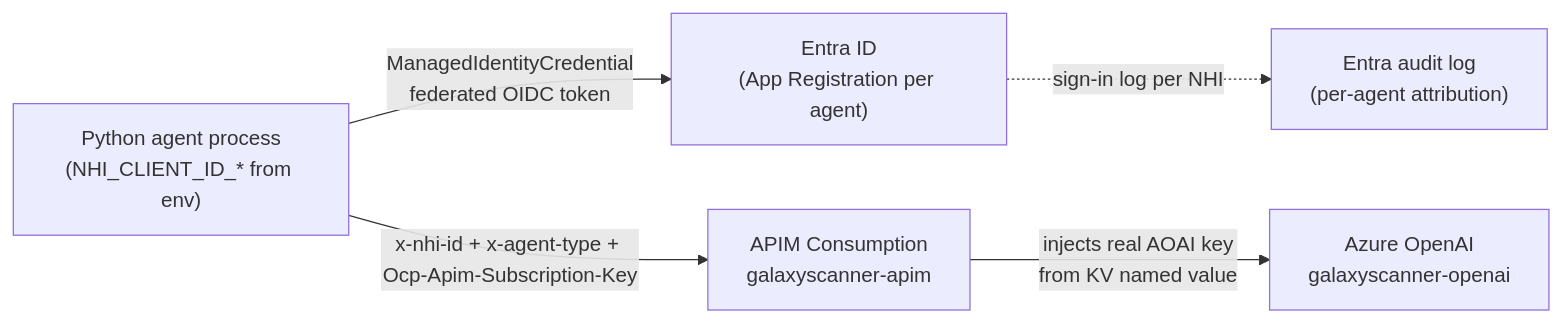
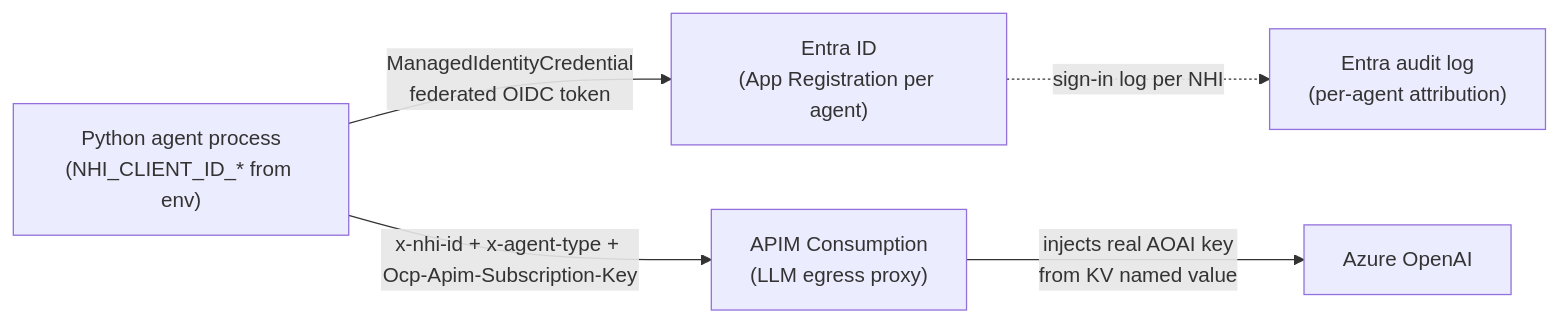
Before and after one commit to rlpatrao/agent-gov-sec: the first of 9 diagrams in docs/architecture.md, drawn with Mermaid. The commit also changed other lines of this file and 144 other files, not shown here.

````diff
--- a/docs/architecture.md
+++ b/docs/architecture.md
@@ -77,12 +77,12 @@
 ```mermaid
 flowchart LR
   Agent["Python agent process\n(NHI_CLIENT_ID_* from env)"]
   Entra["Entra ID\n(App Registration per agent)"]
-  APIM["APIM Consumption\ngalaxyscanner-apim"]
-  AOAI["Azure OpenAI\ngalaxyscanner-openai"]
+  APIM["APIM Consumption\n(LLM egress proxy)"]
+  AOAI["Azure OpenAI"]
 
   Agent -->|"ManagedIdentityCredential\nfederated OIDC token"| Entra
   Agent -->|"x-nhi-id + x-agent-type + Ocp-Apim-Subscription-Key"| APIM
   APIM -->|"injects real AOAI key\nfrom KV named value"| AOAI
   Entra -.->|"sign-in log per NHI"| EntraLog["Entra audit log\n(per-agent attribution)"]
 ```
````
